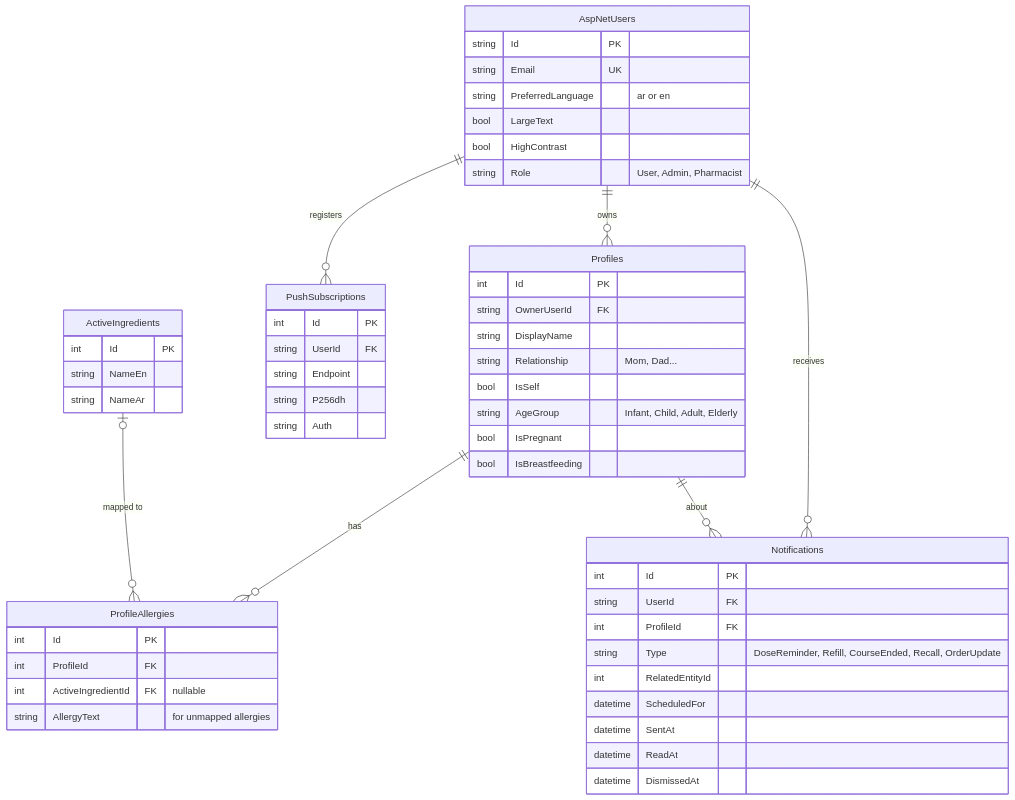
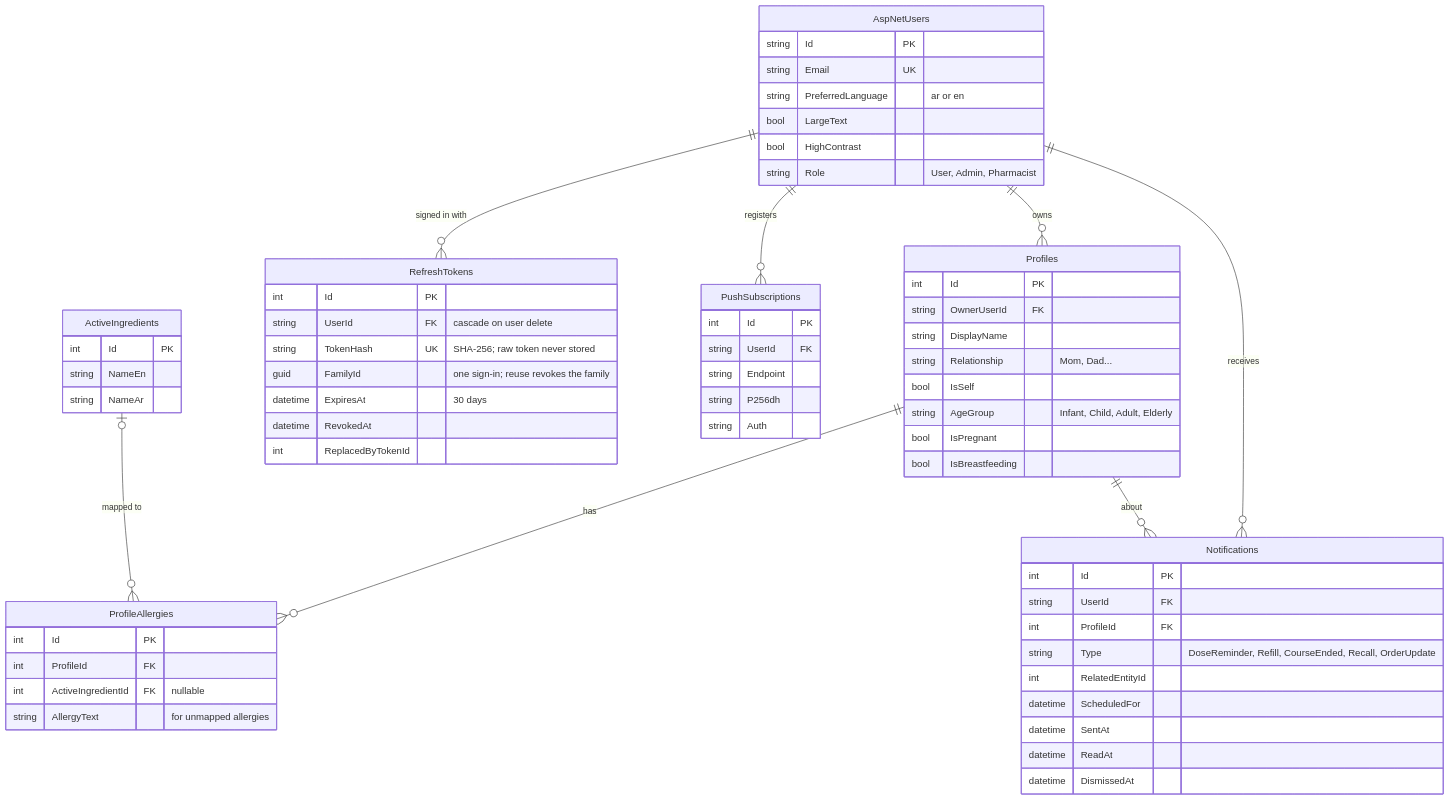
Before and after one commit to MalakSeddik/dawaya: the first of 5 diagrams in docs/er-diagrams.md, drawn with Mermaid. The commit also changed other lines of this file and 64 other files, not shown here.

First line of the commit message:
feat(api): accounts, JWT + rotating refresh tokens, family profiles, export and delete

````diff
--- a/docs/er-diagrams.md
+++ b/docs/er-diagrams.md
@@ -17,57 +18,67 @@
 ```mermaid
 erDiagram
     AspNetUsers ||--o{ Profiles : owns
+    AspNetUsers ||--o{ RefreshTokens : "signed in with"
     AspNetUsers ||--o{ PushSubscriptions : registers
     AspNetUsers ||--o{ Notifications : receives
     Profiles ||--o{ ProfileAllergies : has
     Profiles ||--o{ Notifications : "about"
     ActiveIngredients |o--o{ ProfileAllergies : "mapped to"
 
     AspNetUsers {
         string Id PK
         string Email UK
         string PreferredLanguage "ar or en"
         bool LargeText
         bool HighContrast
         string Role "User, Admin, Pharmacist"
     }
     Profiles {
         int Id PK
         string OwnerUserId FK
         string DisplayName
         string Relationship "Mom, Dad..."
         bool IsSelf
         string AgeGroup "Infant, Child, Adult, Elderly"
         bool IsPregnant
         bool IsBreastfeeding
     }
     ProfileAllergies {
         int Id PK
         int ProfileId FK
         int ActiveIngredientId FK "nullable"
         string AllergyText "for unmapped allergies"
     }
     ActiveIngredients {
         int Id PK
         string NameEn
         string NameAr
     }
+    RefreshTokens {
+        int Id PK
+        string UserId FK "cascade on user delete"
+        string TokenHash UK "SHA-256; raw token never stored"
+        guid FamilyId "one sign-in; reuse revokes the family"
+        datetime ExpiresAt "30 days"
+        datetime RevokedAt
+        int ReplacedByTokenId
+    }
     PushSubscriptions {
         int Id PK
         string UserId FK
         string Endpoint
         string P256dh
         string Auth
     }
     Notifications {
         int Id PK
         string UserId FK
         int ProfileId FK
         string Type "DoseReminder, Refill, CourseEnded, Recall, OrderUpdate"
         int RelatedEntityId
         datetime ScheduledFor
         datetime SentAt
         datetime ReadAt
         datetime DismissedAt
     }
 ```
````
